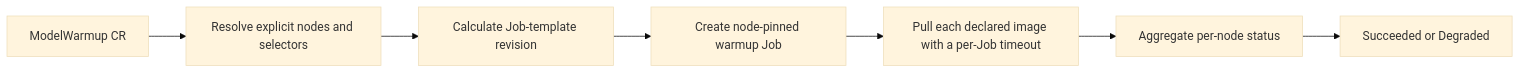
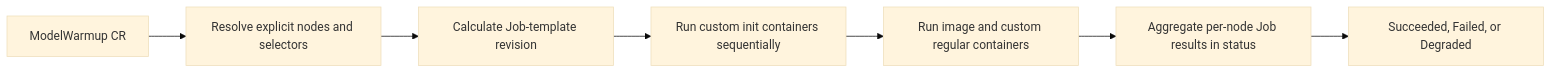
The diagram in docs/source/features/model-warmup.rst (vllm-project/aibrix), drawn with Mermaid (base theme) before and after one commit. The commit also changed other lines of this file and 21 other files, not shown here.

First line of the commit message:
[API][Feat] Add custom actions to ModelWarmup (#2890)

```diff
--- a/docs/source/features/model-warmup.rst
+++ b/docs/source/features/model-warmup.rst
@@ -15,9 +16,9 @@
 .. mermaid::
 
    flowchart LR
       CR[ModelWarmup CR] --> T[Resolve explicit nodes and selectors]
       T --> R[Calculate Job-template revision]
-      R --> J[Create node-pinned warmup Job]
-      J --> P[Pull each declared image with a per-Job timeout]
-      P --> S[Aggregate per-node status]
-      S --> OK[Succeeded or Degraded]
+      R --> I[Run custom init containers sequentially]
+      I --> C[Run image and custom regular containers]
+      C --> A[Aggregate per-node Job results in status]
+      A --> OK[Succeeded, Failed, or Degraded]
```
